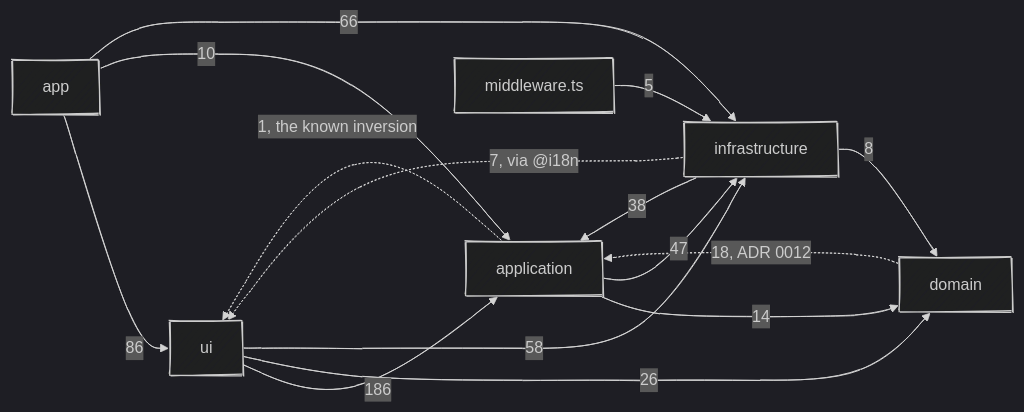
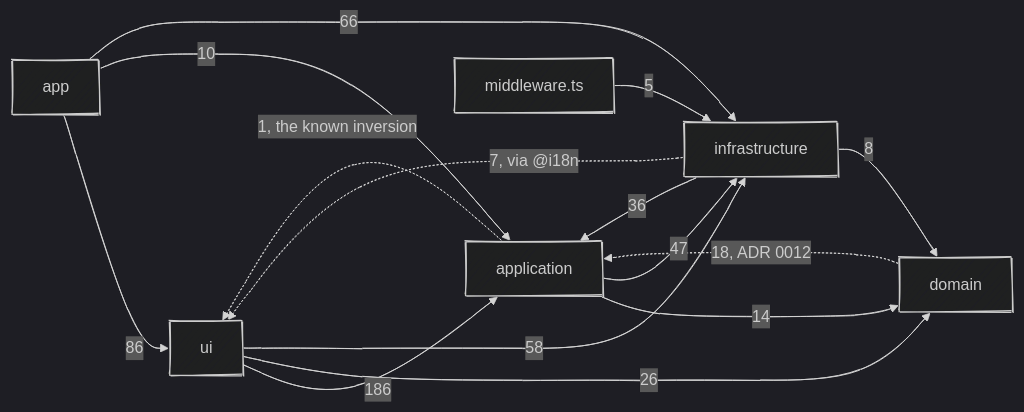
The diagram in apps/docs/src/content/docs/architecture/overview.mdx (fbuireu/forever-pto), drawn with Mermaid (dark theme) before and after one commit. The commit also changed other lines of this file and 7 other files, not shown here.

First line of the commit message:
docs(docs): correct the architecture pages and split the routing diagram

````diff
--- a/apps/docs/src/content/docs/architecture/overview.mdx
+++ b/apps/docs/src/content/docs/architecture/overview.mdx
@@ -47,28 +35,28 @@
 ```mermaid
 ---
 config:
   look: handDrawn
   layout: dagre
 ---
 flowchart LR
   APP[app]
   UI[ui]
   APPL[application]
   DOM[domain]
   INFRA[infrastructure]
   MW[middleware.ts]
   APP -->|86| UI
   APP -->|10| APPL
   APP -->|66| INFRA
   UI -->|186| APPL
   UI -->|26| DOM
   UI -->|58| INFRA
   APPL -->|14| DOM
   APPL -->|47| INFRA
   APPL -.->|1, the known inversion| UI
   DOM -.->|18, ADR 0012| APPL
-  INFRA -->|38| APPL
+  INFRA -->|36| APPL
   INFRA -->|8| DOM
   INFRA -.->|7, via @i18n| UI
   MW -->|5| INFRA
 ```
````
